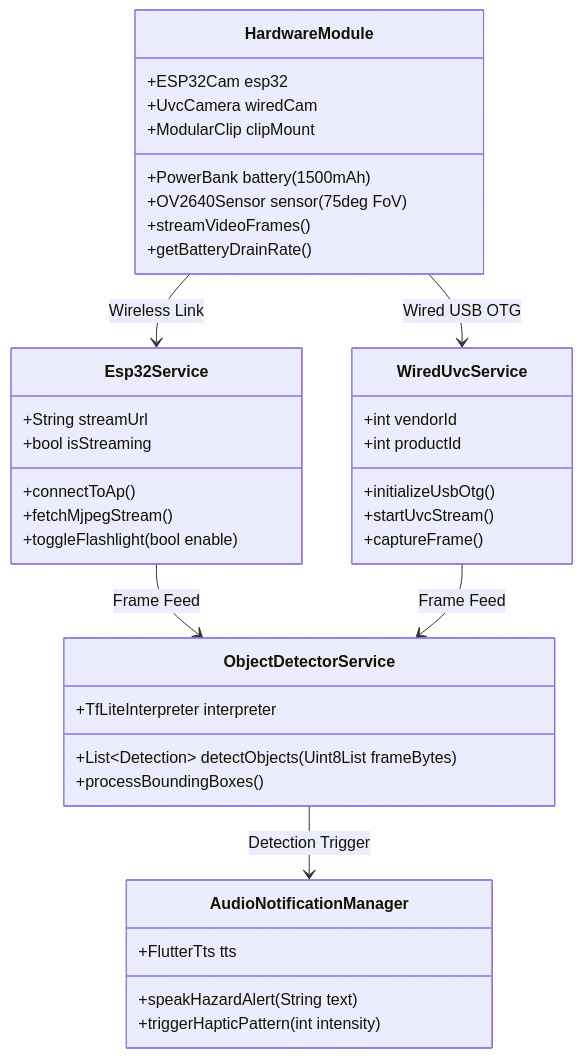
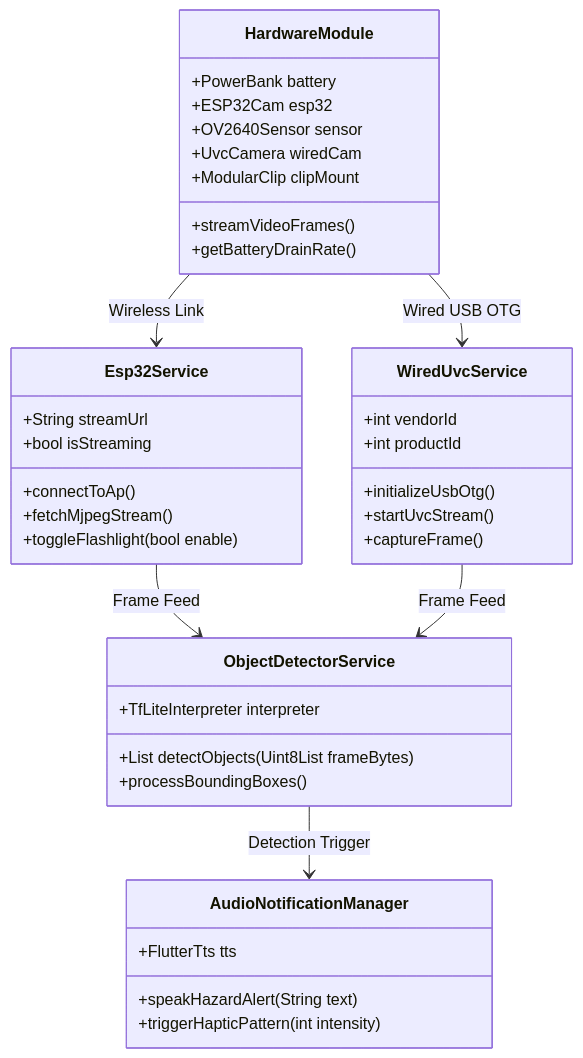
Before and after one commit to Thes-IS-IT/Easylens: the third of 6 diagrams in docs/system_architecture/SYSTEM_ARCHITECTURE_AND_UML.md, drawn with Mermaid. The commit also changed other lines of this file, not shown here.

Commit message:
docs: fix Mermaid diagram rendering syntax errors in SYSTEM_ARCHITECTURE_AND_UML.md

````diff
--- a/docs/system_architecture/SYSTEM_ARCHITECTURE_AND_UML.md
+++ b/docs/system_architecture/SYSTEM_ARCHITECTURE_AND_UML.md
@@ -119,46 +119,46 @@
 ```mermaid
 classDiagram
     class HardwareModule {
-        +PowerBank battery (1500mAh)
+        +PowerBank battery
         +ESP32Cam esp32
-        +OV2640Sensor sensor (75deg FoV)
+        +OV2640Sensor sensor
         +UvcCamera wiredCam
         +ModularClip clipMount
         +streamVideoFrames()
         +getBatteryDrainRate()
     }
 
     class Esp32Service {
         +String streamUrl
         +bool isStreaming
         +connectToAp()
         +fetchMjpegStream()
         +toggleFlashlight(bool enable)
     }
 
     class WiredUvcService {
         +int vendorId
         +int productId
         +initializeUsbOtg()
         +startUvcStream()
         +captureFrame()
     }
 
     class ObjectDetectorService {
         +TfLiteInterpreter interpreter
-        +List~Detection~ detectObjects(Uint8List frameBytes)
+        +List detectObjects(Uint8List frameBytes)
         +processBoundingBoxes()
     }
 
     class AudioNotificationManager {
         +FlutterTts tts
         +speakHazardAlert(String text)
         +triggerHapticPattern(int intensity)
     }
 
     HardwareModule --> Esp32Service : Wireless Link
     HardwareModule --> WiredUvcService : Wired USB OTG
     Esp32Service --> ObjectDetectorService : Frame Feed
     WiredUvcService --> ObjectDetectorService : Frame Feed
     ObjectDetectorService --> AudioNotificationManager : Detection Trigger
 ```
````
